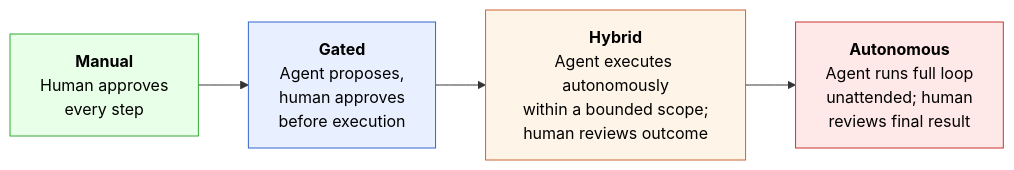
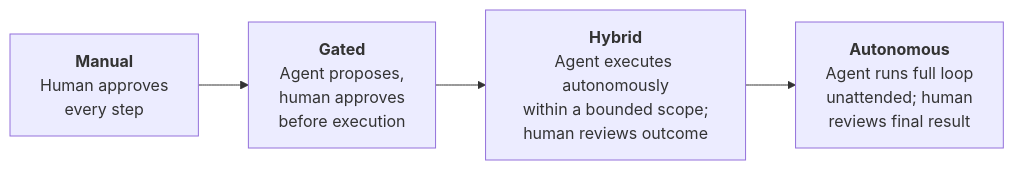
Before and after one commit to jsandino/ai-sandino: the third of 3 diagrams in src/content/harness-guide/07-part-5-feedback-loops.md, drawn with Mermaid. The commit also changed other lines of this file and 6 other files, not shown here.

First line of the commit message:
refactor: colour the harness guide's diagrams by name

````diff
--- a/src/content/harness-guide/07-part-5-feedback-loops.md
+++ b/src/content/harness-guide/07-part-5-feedback-loops.md
@@ -233,14 +233,14 @@
 ```mermaid
 flowchart LR
     M["<b>Manual</b><br/>Human approves<br/>every step"]
     G["<b>Gated</b><br/>Agent proposes,<br/>human approves<br/>before execution"]
     H["<b>Hybrid</b><br/>Agent executes autonomously<br/>within a bounded scope;<br/>human reviews outcome"]
     A["<b>Autonomous</b><br/>Agent runs full loop<br/>unattended; human<br/>reviews final result"]
 
     M --> G --> H --> A
 
-    style M fill:#e8ffe8,stroke:#3a3,color:#000000
-    style G fill:#e8f0ff,stroke:#36c,color:#000000
-    style H fill:#fff4e8,stroke:#c63,color:#000000
-    style A fill:#ffe8e8,stroke:#c33,color:#000000
+    class M emerald
+    class G sky
+    class H amber
+    class A coral
 ```
````
